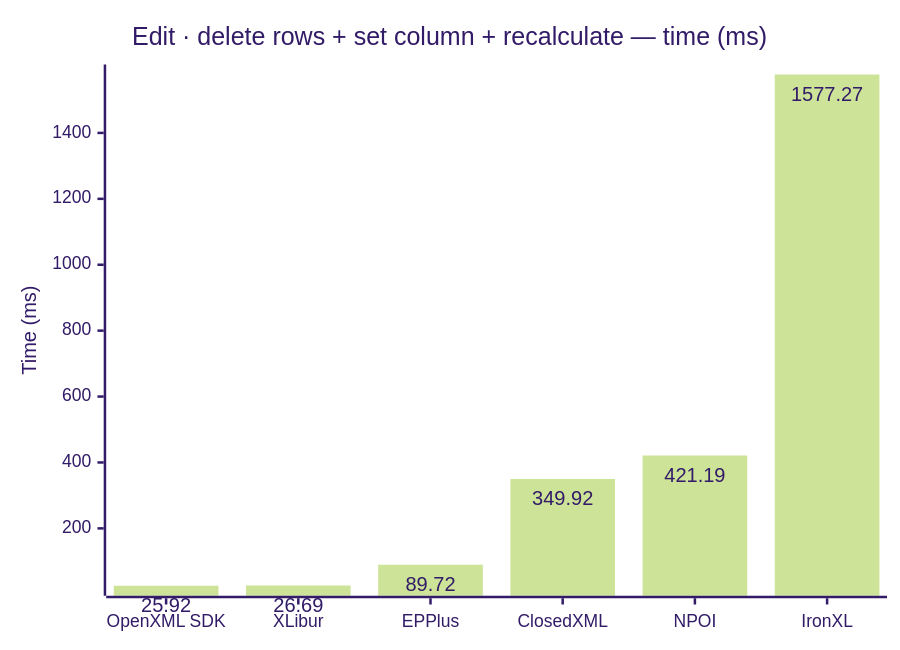
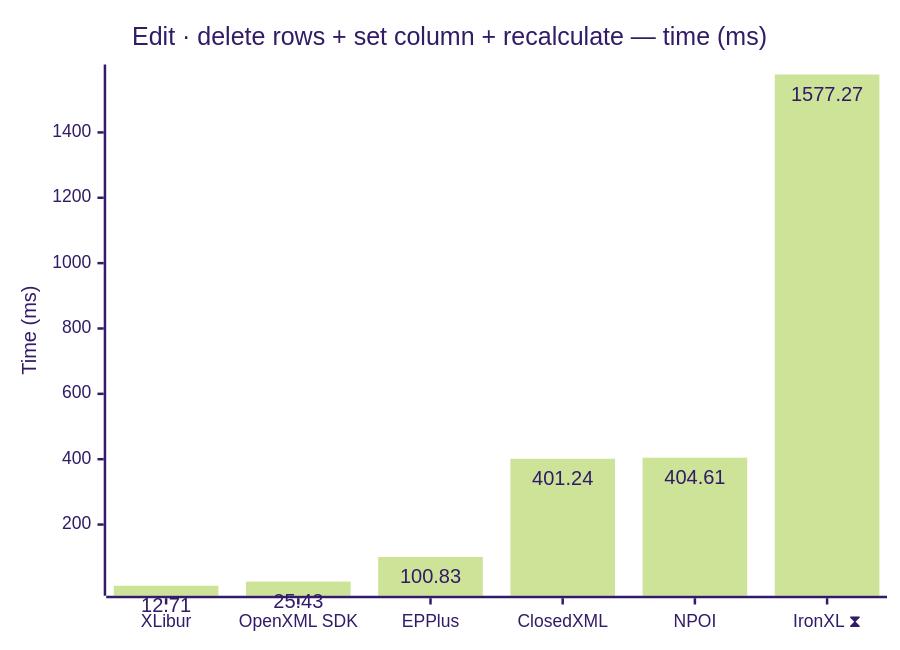
The ninth of 12 diagrams in docs/results.md (jafin/XLBench), drawn with Mermaid (forest theme) before and after one commit. The commit also changed other lines of this file and 3 other files, not shown here.

````diff
--- a/docs/results.md
+++ b/docs/results.md
@@ -139,12 +143,12 @@
 ```mermaid
 ---
 config:
   xyChart:
     showDataLabel: true
 ---
 xychart-beta
     title "Edit · delete rows + set column + recalculate — time (ms)"
-    x-axis ["OpenXML SDK", "XLibur", "EPPlus", "ClosedXML", "NPOI", "IronXL"]
+    x-axis ["XLibur", "OpenXML SDK", "EPPlus", "ClosedXML", "NPOI", "IronXL ⧗"]
     y-axis "Time (ms)"
-    bar [25.92, 26.69, 89.72, 349.92, 421.19, 1577.27]
+    bar [12.71, 25.43, 100.83, 401.24, 404.61, 1577.27]
 ```
````
